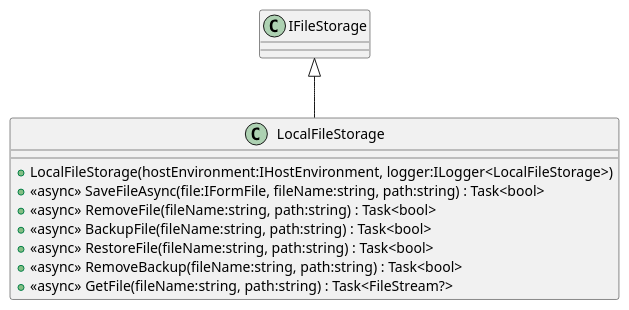
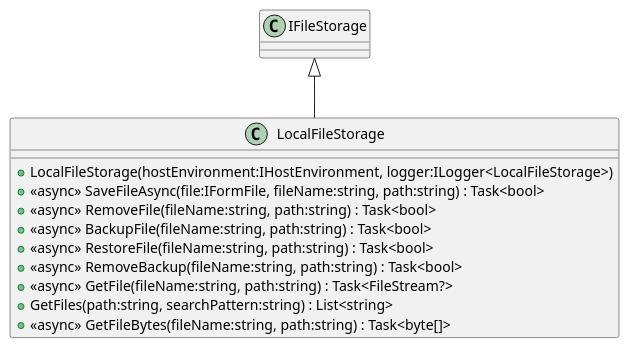
Before and after one commit to cutehusky/SoftwareDesignProject: the diagram in Main/Doc/Repositories/LocalFileStorage.puml, drawn with PlantUML. The commit also changed 131 other files, not shown here.

Commit message:
doc: class diagram and c4 model

```diff
--- a/Main/Doc/Repositories/LocalFileStorage.puml
+++ b/Main/Doc/Repositories/LocalFileStorage.puml
@@ -1,12 +1,14 @@
 @startuml
 class LocalFileStorage {
     + LocalFileStorage(hostEnvironment:IHostEnvironment, logger:ILogger<LocalFileStorage>)
     + <<async>> SaveFileAsync(file:IFormFile, fileName:string, path:string) : Task<bool>
     + <<async>> RemoveFile(fileName:string, path:string) : Task<bool>
     + <<async>> BackupFile(fileName:string, path:string) : Task<bool>
     + <<async>> RestoreFile(fileName:string, path:string) : Task<bool>
     + <<async>> RemoveBackup(fileName:string, path:string) : Task<bool>
     + <<async>> GetFile(fileName:string, path:string) : Task<FileStream?>
+    + GetFiles(path:string, searchPattern:string) : List<string>
+    + <<async>> GetFileBytes(fileName:string, path:string) : Task<byte[]>
 }
 IFileStorage <|-- LocalFileStorage
 @enduml
```
